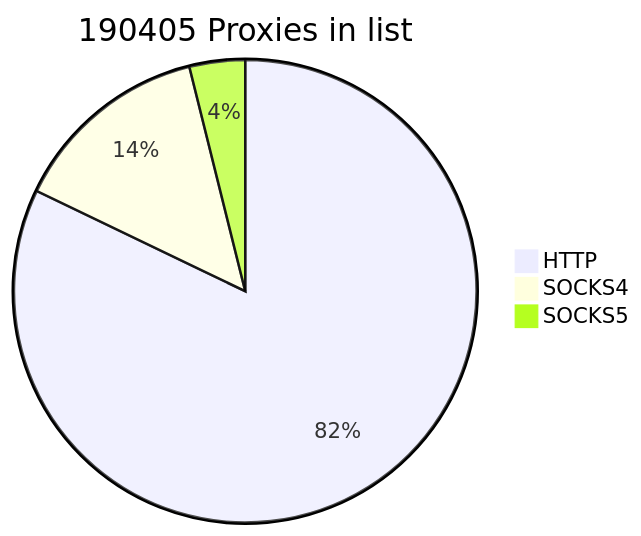
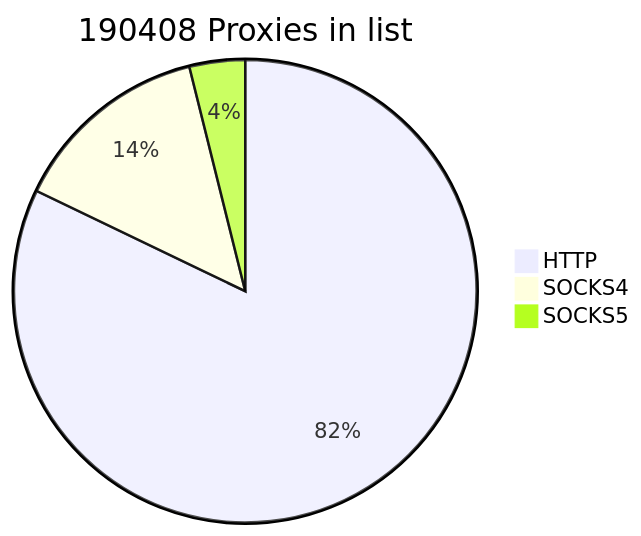
One commit to cutipu/proxylist changed the first of 2 diagrams in README.md. Above: the diagram before and after it, drawn with Mermaid. The commit also changed other lines of this file, not shown here.

````diff
--- a/README.md
+++ b/README.md
@@ -2,7 +2,7 @@
 ```mermaid
-pie title 190405 Proxies in list
-    "HTTP" : 156390
-    "SOCKS4" : 26617
-    "SOCKS5" : 7398
+pie title 190408 Proxies in list
+    "HTTP" : 156393
+    "SOCKS4" : 26616
+    "SOCKS5" : 7399
             
 ```
````
